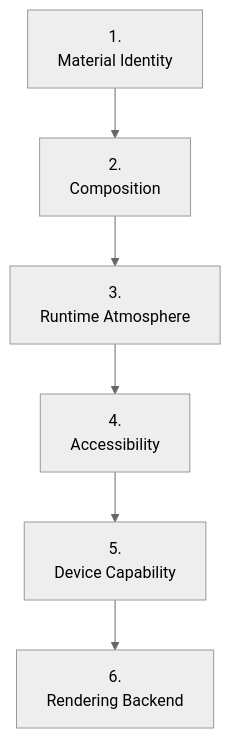
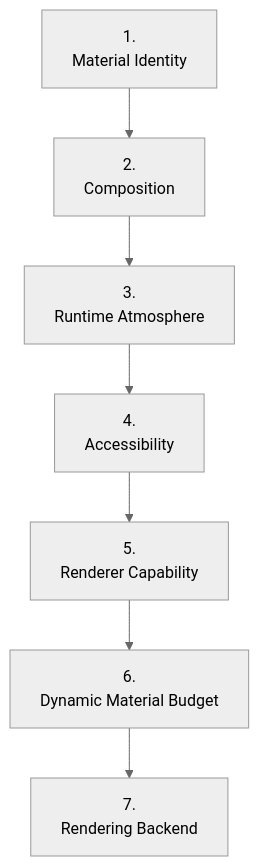
One commit to mosaic-media/architecture changed the third of 9 diagrams in docs/design/system/mds-003-material-system/10-runtime-material-resolution.md. Above: the diagram before and after it, drawn with Mermaid (neutral theme). The commit also changed other lines of this file and 12 other files, not shown here.

Commit message:
docs(mds-003): define refraction architecture

````diff
--- a/docs/design/system/mds-003-material-system/10-runtime-material-resolution.md
+++ b/docs/design/system/mds-003-material-system/10-runtime-material-resolution.md
@@ -137,16 +154,18 @@
 ```mermaid
 flowchart TD
 
 N1["1.<br/>Material Identity"]
 N2["2.<br/>Composition"]
 N3["3.<br/>Runtime Atmosphere"]
 N4["4.<br/>Accessibility"]
-N5["5.<br/>Device Capability"]
-N6["6.<br/>Rendering Backend"]
+N5["5.<br/>Renderer Capability"]
+N6["6.<br/>Dynamic Material Budget"]
+N7["7.<br/>Rendering Backend"]
 
 N1 --> N2
 N2 --> N3
 N3 --> N4
 N4 --> N5
 N5 --> N6
+N6 --> N7
 ```
````
